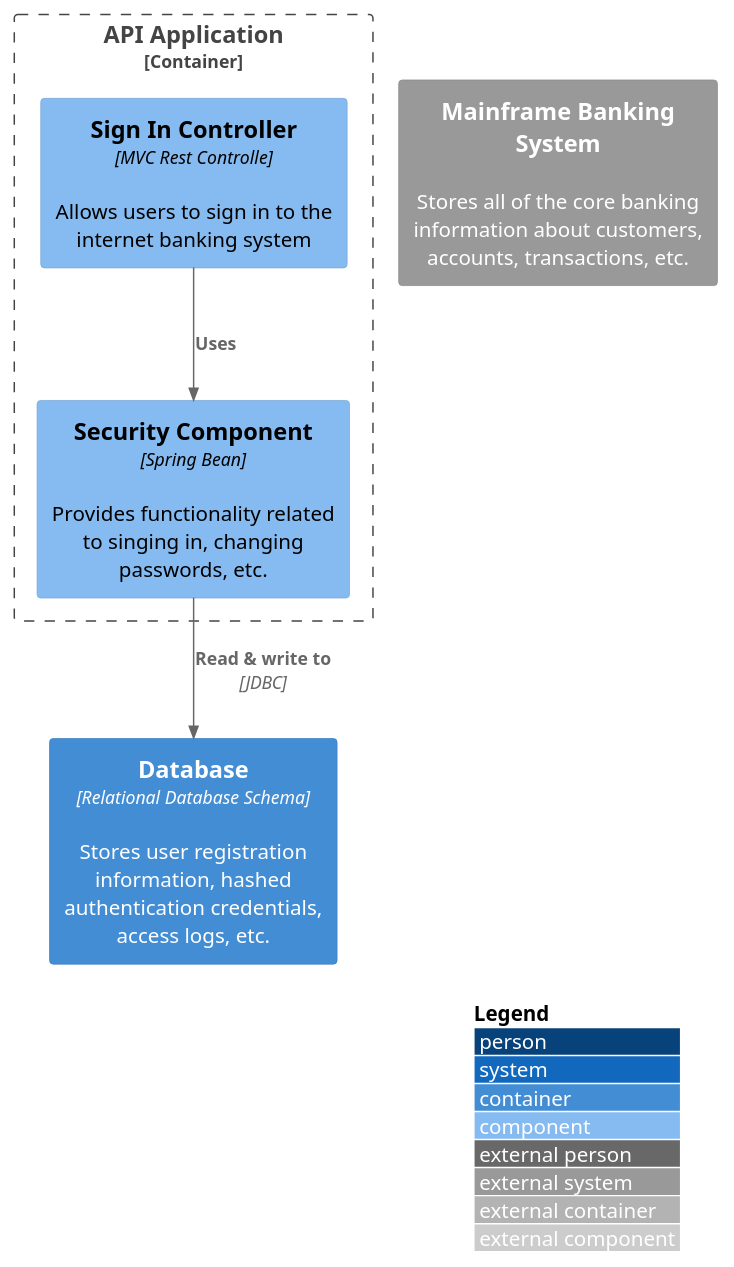
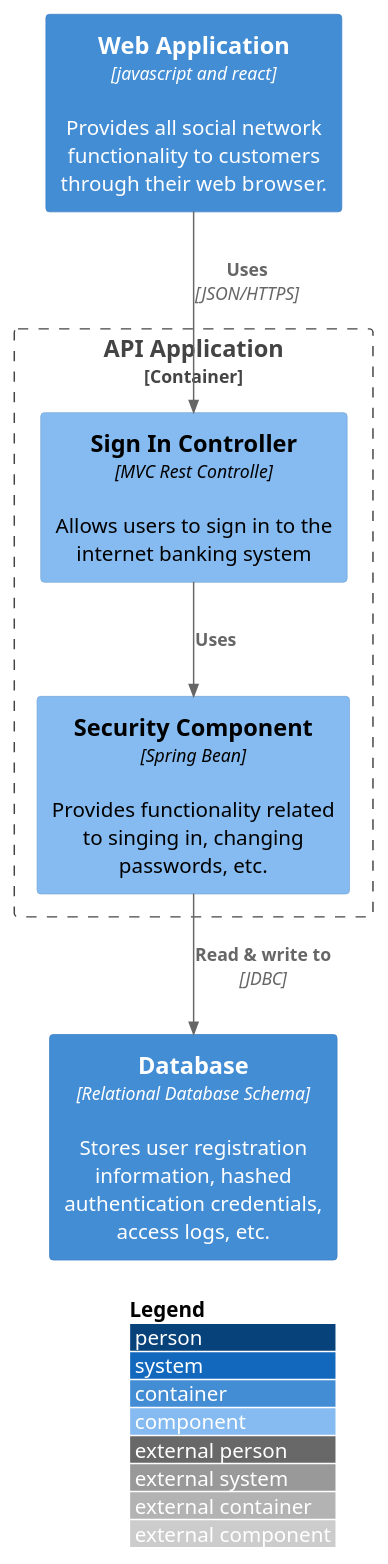
One commit to ertelsoares/Disciplinas-TSI changed the diagram in C4-Analise-de-sistemas-2/ModeloArquiteturaC4/src/Red-Chat/API Login/container.puml. Above: the diagram before and after it, drawn with PlantUML.

```diff
--- a/C4-Analise-de-sistemas-2/ModeloArquiteturaC4/src/Red-Chat/API Login/container.puml
+++ b/C4-Analise-de-sistemas-2/ModeloArquiteturaC4/src/Red-Chat/API Login/container.puml
@@ -1,19 +1,19 @@
 @startuml
 !include https://raw.githubusercontent.com/adrianvlupu/C4-PlantUML/latest/C4_Component.puml
 
 LAYOUT_WITH_LEGEND()
 
-
+Container(spa, "Web Application", "javascript and react", "Provides all social network functionality to customers through their web browser.")
 Container(db, "Database", "Relational Database Schema", "Stores user registration information, hashed authentication credentials, access logs, etc.")
-System_Ext(mbs, "Mainframe Banking System", "Stores all of the core banking information about customers, accounts, transactions, etc.")
 
 Container_Boundary(api, "API Application") {
     Component(sign, "Sign In Controller", "MVC Rest Controlle", "Allows users to sign in to the internet banking system")
     Component(security, "Security Component", "Spring Bean", "Provides functionality related to singing in, changing passwords, etc.")
 
     Rel(sign, security, "Uses")
     Rel(security, db, "Read & write to", "JDBC")
+    Rel(spa, sign, "Uses", "JSON/HTTPS")
 }
 
 
 @enduml
```
